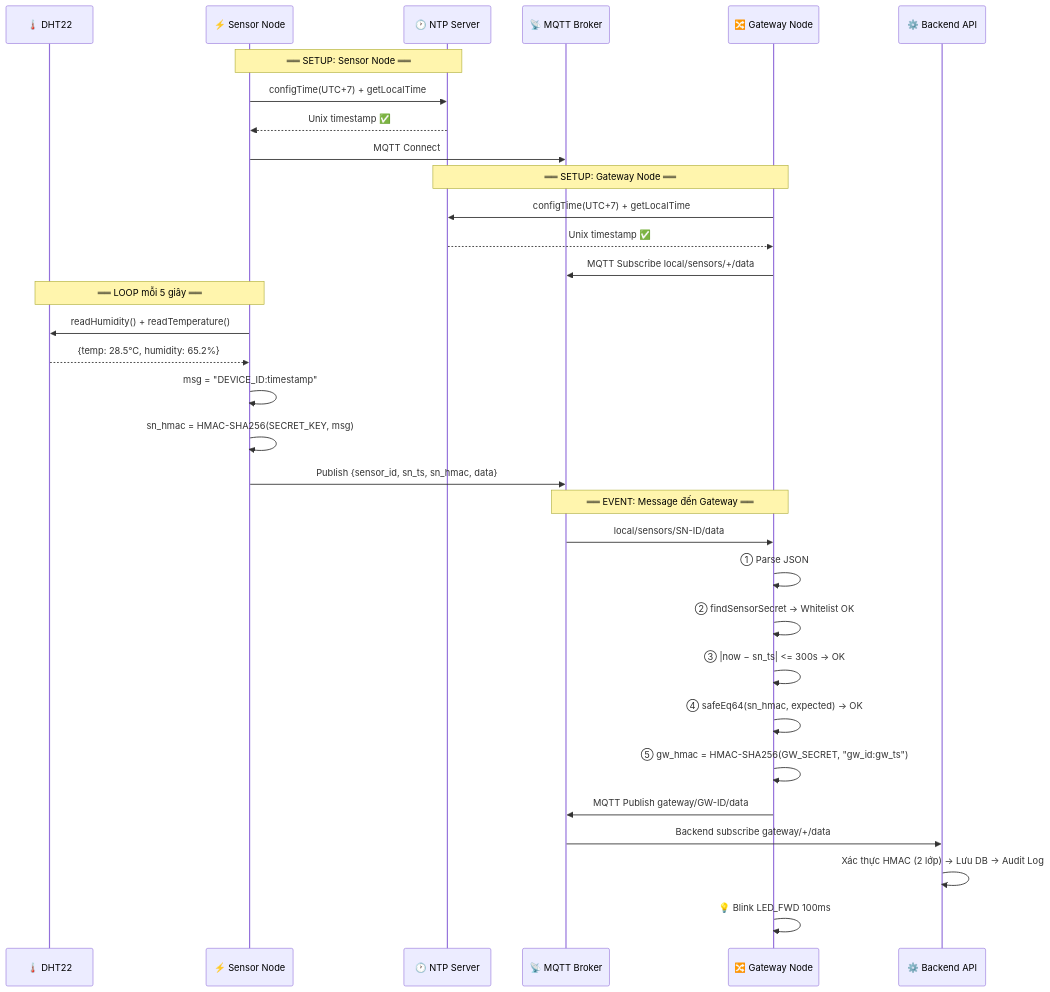
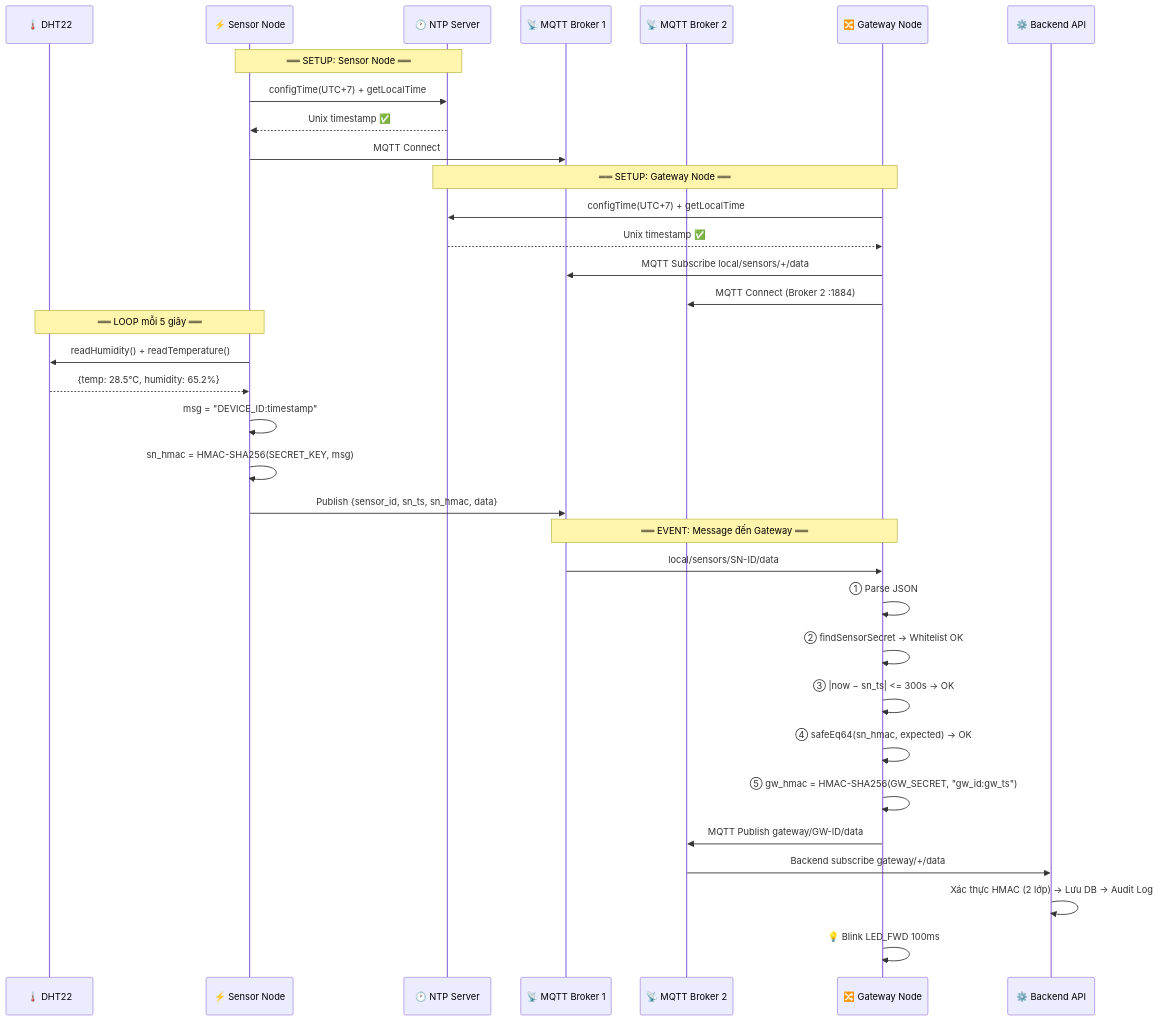
One commit to Noxxsanl/manageDeviceIoT changed diagram 15 of 15 in FIRMWARE_FLOWCHART.md. Above: the diagram before and after it, drawn with Mermaid. The commit also changed other lines of this file and 15 other files, not shown here.

````diff
--- a/FIRMWARE_FLOWCHART.md
+++ b/FIRMWARE_FLOWCHART.md
@@ -384,38 +386,40 @@
 ```mermaid
 sequenceDiagram
     participant DHT as 🌡️ DHT22
     participant SN as ⚡ Sensor Node
     participant NTP as 🕐 NTP Server
-    participant MQ as 📡 MQTT Broker
+    participant MQ1 as 📡 MQTT Broker 1
+    participant MQ2 as 📡 MQTT Broker 2
     participant GW as 🔀 Gateway Node
     participant API as ⚙️ Backend API
 
     Note over SN,NTP: ══ SETUP: Sensor Node ══
     SN->>NTP: configTime(UTC+7) + getLocalTime
     NTP-->>SN: Unix timestamp ✅
-    SN->>MQ: MQTT Connect
+    SN->>MQ1: MQTT Connect
 
     Note over GW,NTP: ══ SETUP: Gateway Node ══
     GW->>NTP: configTime(UTC+7) + getLocalTime
     NTP-->>GW: Unix timestamp ✅
-    GW->>MQ: MQTT Subscribe local/sensors/+/data
+    GW->>MQ1: MQTT Subscribe local/sensors/+/data
+    GW->>MQ2: MQTT Connect (Broker 2 :1884)
 
     Note over SN,DHT: ══ LOOP mỗi 5 giây ══
     SN->>DHT: readHumidity() + readTemperature()
     DHT-->>SN: {temp: 28.5°C, humidity: 65.2%}
     SN->>SN: msg = "DEVICE_ID:timestamp"
     SN->>SN: sn_hmac = HMAC-SHA256(SECRET_KEY, msg)
-    SN->>MQ: Publish {sensor_id, sn_ts, sn_hmac, data}
+    SN->>MQ1: Publish {sensor_id, sn_ts, sn_hmac, data}
 
-    Note over GW,MQ: ══ EVENT: Message đến Gateway ══
-    MQ->>GW: local/sensors/SN-ID/data
+    Note over GW,MQ1: ══ EVENT: Message đến Gateway ══
+    MQ1->>GW: local/sensors/SN-ID/data
     GW->>GW: ① Parse JSON
     GW->>GW: ② findSensorSecret → Whitelist OK
     GW->>GW: ③ |now − sn_ts| <= 300s → OK
     GW->>GW: ④ safeEq64(sn_hmac, expected) → OK
     GW->>GW: ⑤ gw_hmac = HMAC-SHA256(GW_SECRET, "gw_id:gw_ts")
-    GW->>MQ: MQTT Publish gateway/GW-ID/data
-    MQ->>API: Backend subscribe gateway/+/data
+    GW->>MQ2: MQTT Publish gateway/GW-ID/data
+    MQ2->>API: Backend subscribe gateway/+/data
     API->>API: Xác thực HMAC (2 lớp) → Lưu DB → Audit Log
     GW->>GW: 💡 Blink LED_FWD 100ms
 ```
````
